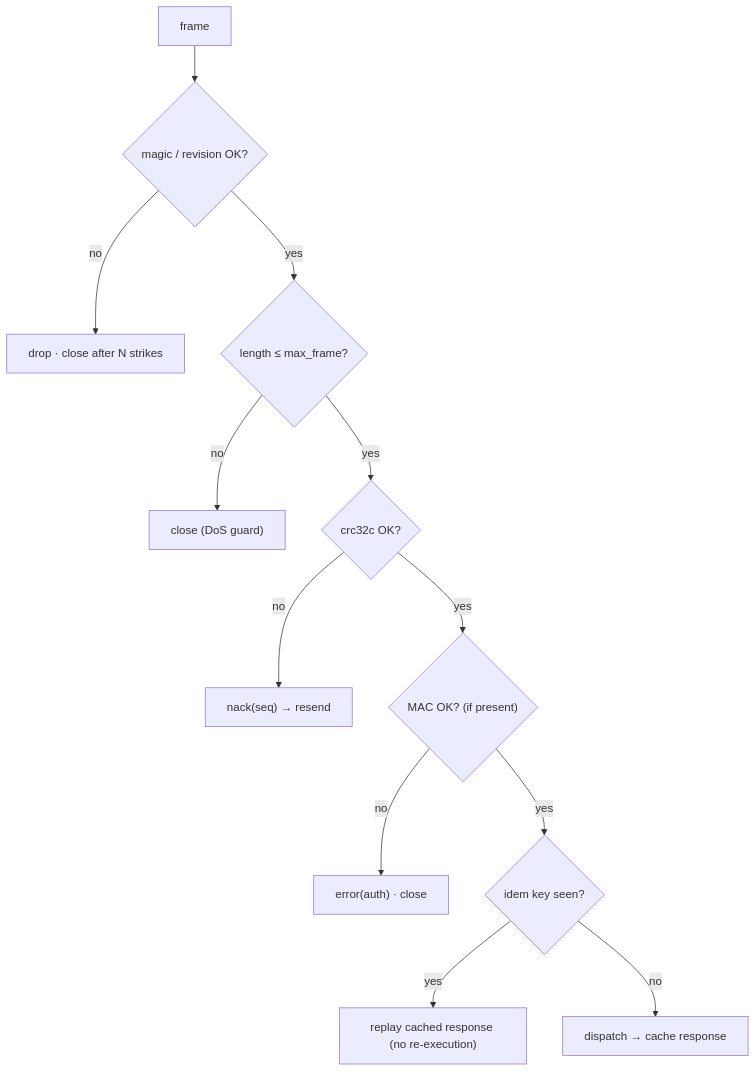
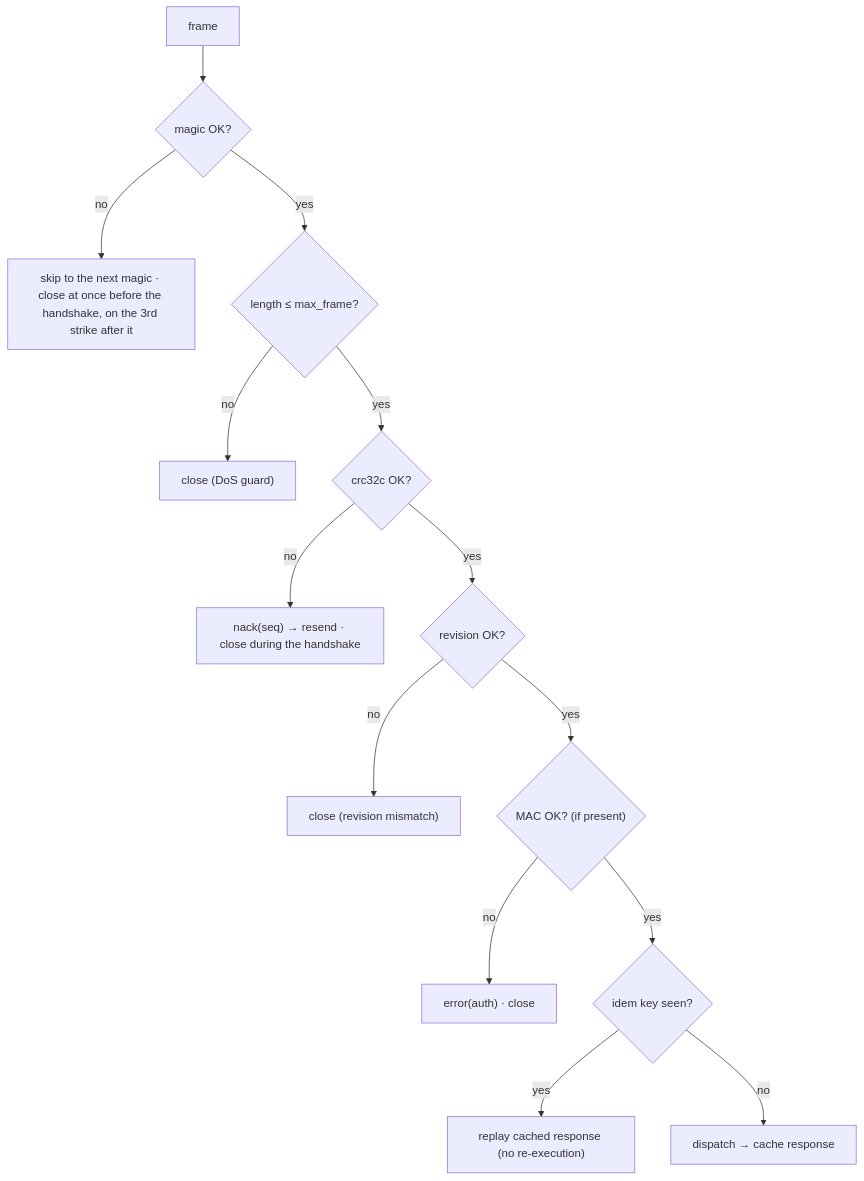
One commit to tonytranrp/RHP changed the ninth of 14 diagrams in Docs/ARCHITECTURE.md. Above: the diagram before and after it, drawn with Mermaid. The commit also changed other lines of this file and 2 other files, not shown here.

Commit message:
docs: wire and session details that drifted from the code
- ARCHITECTURE 8.1: requests are ops 16-43 (the release, tunables,
  profile and debug requests were missing). 8.2's flowchart follows the
  decoder: bad magic skips to the next one and closes at once before the
  handshake, on the third strike after it; a bad CRC closes during the
  handshake; a wrong revision closes.
- wire-format.md: pointers for revisions 5 (stage10-releases.md) and 6
  (stage11-tools.md).
- session README: depends on net, security, tls and wire; the full
  session API; a resume attempt waits min(handshake_timeout_ms, 2 s), 2 s
  when that is 0.

````diff
--- a/Docs/ARCHITECTURE.md
+++ b/Docs/ARCHITECTURE.md
@@ -604,14 +604,16 @@
 ```mermaid
 flowchart TB
-    A["frame"] --> B{"magic / revision OK?"}
-    B -- no --> X1["drop · close after N strikes"]
+    A["frame"] --> B{"magic OK?"}
+    B -- no --> X1["skip to the next magic · close at once before the handshake, on the 3rd strike after it"]
     B -- yes --> C{"length ≤ max_frame?"}
     C -- no --> X2["close (DoS guard)"]
     C -- yes --> D{"crc32c OK?"}
-    D -- no --> X3["nack(seq) → resend"]
-    D -- yes --> E{"MAC OK? (if present)"}
+    D -- no --> X3["nack(seq) → resend · close during the handshake"]
+    D -- yes --> R{"revision OK?"}
+    R -- no --> X5["close (revision mismatch)"]
+    R -- yes --> E{"MAC OK? (if present)"}
     E -- no --> X4["error(auth) · close"]
     E -- yes --> F{"idem key seen?"}
     F -- yes --> G["replay cached response (no re-execution)"]
     F -- no --> H["dispatch → cache response"]
 ```
````
